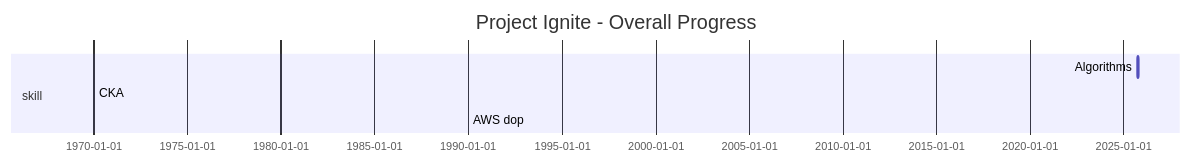
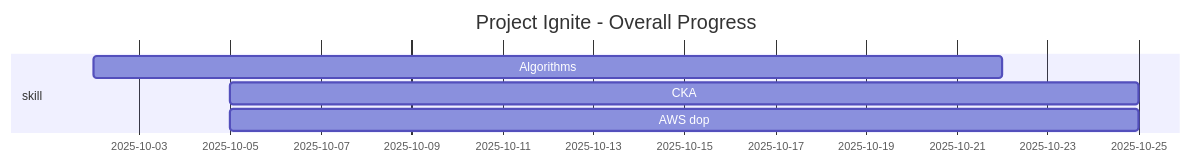
Before and after one commit to Navdeep-Singh-Ghotra/ignite: the second of 2 diagrams in README.md, drawn with Mermaid.

Commit message:
adding mermaid template for gantt

````diff
--- a/README.md
+++ b/README.md
@@ -34,9 +34,9 @@
 ```mermaid
 gantt
     title Project Ignite - Overall Progress
     dateFormat  DD-MM-YYYY
     section skill
-    Algorithms       : a1, 05-10-2025, 20d
-    CKA      : 70, 90
-    AWS dop       : 90, 100
+    Algorithms       : a1, 02-10-2025, 20d
+    CKA      : 05-10-2025, 20d
+    AWS dop       : 05-10-2025, 20d
 ```
````
